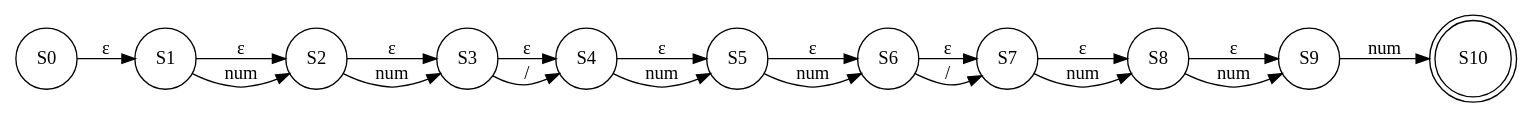
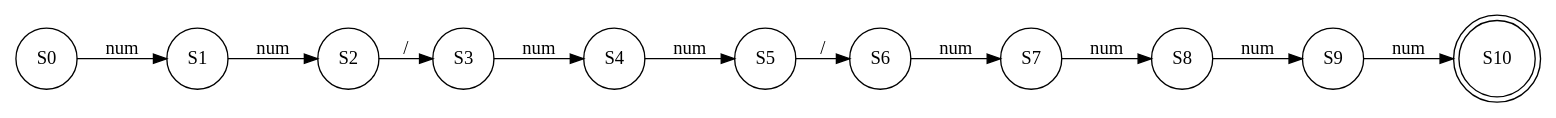
The diagram in [OLC1]201903872_Proyecto1/AFND_201903872/fecha.dot (AaronGMG2000/-OLC1-Proyecto1), drawn with Graphviz before and after one commit. The commit also changed 75 other files, not shown here.

```diff
--- a/[OLC1]201903872_Proyecto1/AFND_201903872/fecha.dot
+++ b/[OLC1]201903872_Proyecto1/AFND_201903872/fecha.dot
@@ -1,35 +1,27 @@
 digraph grafica{
 rankdir=LR;
 forcelabels= true;
 node [shape = circle];
 S0;
 S1;
 S2;
 S3;
 S4;
 S5;
 S6;
 S7;
 S8;
 S9;
 S10[shape = doublecircle];
-S0->S1[label="ε"]
-S1->S2[label="ε"]
-S2->S3[label="ε"]
-S3->S4[label="ε"]
-S4->S5[label="ε"]
-S5->S6[label="ε"]
-S6->S7[label="ε"]
-S7->S8[label="ε"]
-S8->S9[label="ε"]
+S0->S1[label="num"]
+S1->S2[label="num"]
+S2->S3[label="/"]
+S3->S4[label="num"]
+S4->S5[label="num"]
+S5->S6[label="/"]
+S6->S7[label="num"]
+S7->S8[label="num"]
+S8->S9[label="num"]
 S9->S10[label="num"]
-S8->S9[label="num"]
-S7->S8[label="num"]
-S6->S7[label="/"]
-S5->S6[label="num"]
-S4->S5[label="num"]
-S3->S4[label="/"]
-S2->S3[label="num"]
-S1->S2[label="num"]
 
 }
```
